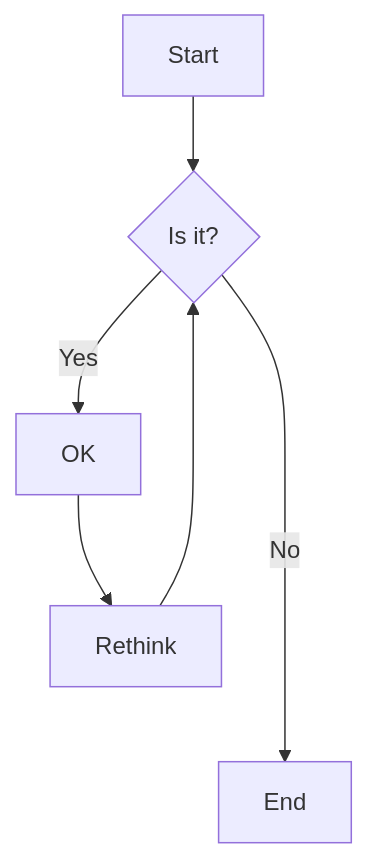
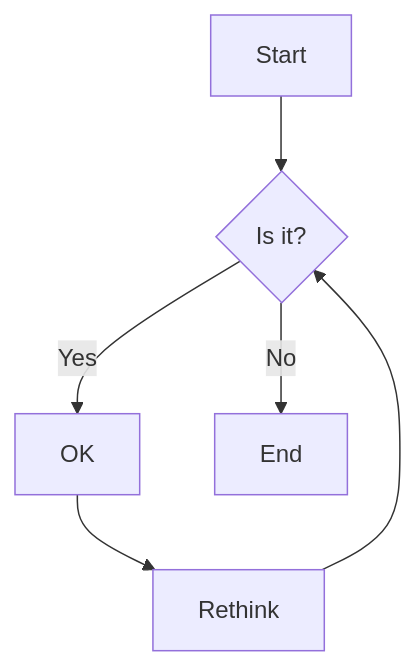
Before and after one commit to mermaid-js/mermaid: diagram 32 of 45 in docs/flowchart.md, drawn with Mermaid. The commit also changed other lines of this file, not shown here.

First line of the commit message:
Fix the flowchart syntax

````diff
--- a/docs/flowchart.md
+++ b/docs/flowchart.md
@@ -427,8 +427,8 @@
 ```mermaid
 graph TD
     A[Start] --> B{Is it?};
     B -->|Yes| C[OK];
     C --> D[Rethink];
     D --> B;
-    B ---->|No| E[End];
+    B -->|No| E[End];
 ```
````
